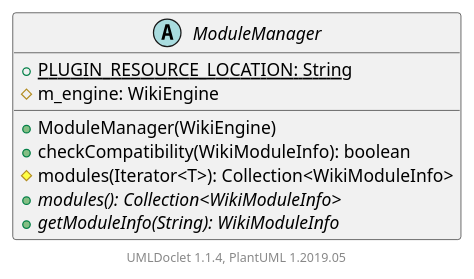
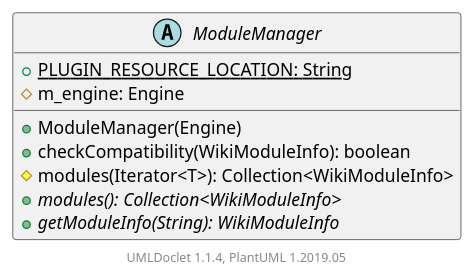
One commit to apache/jspwiki-site changed the diagram in apidocs/2.11.0.M7-SNAPSHOT/org/apache/wiki/modules/ModuleManager.puml. Above: the diagram before and after it, drawn with PlantUML. The commit also changed 1798 other files, not shown here.

```diff
--- a/apidocs/2.11.0.M7-SNAPSHOT/org/apache/wiki/modules/ModuleManager.puml
+++ b/apidocs/2.11.0.M7-SNAPSHOT/org/apache/wiki/modules/ModuleManager.puml
@@ -1,15 +1,15 @@
 @startuml
 
     abstract class ModuleManager [[ModuleManager.html]] {
         {static} +PLUGIN_RESOURCE_LOCATION: String
-        #m_engine: WikiEngine
-        +ModuleManager(WikiEngine)
+        #m_engine: Engine
+        +ModuleManager(Engine)
         +checkCompatibility(WikiModuleInfo): boolean
         #modules(Iterator<T>): Collection<WikiModuleInfo>
         {abstract} +modules(): Collection<WikiModuleInfo>
         {abstract} +getModuleInfo(String): WikiModuleInfo
     }
 
 
     center footer UMLDoclet 1.1.4, PlantUML 1.2019.05
 @enduml
```
